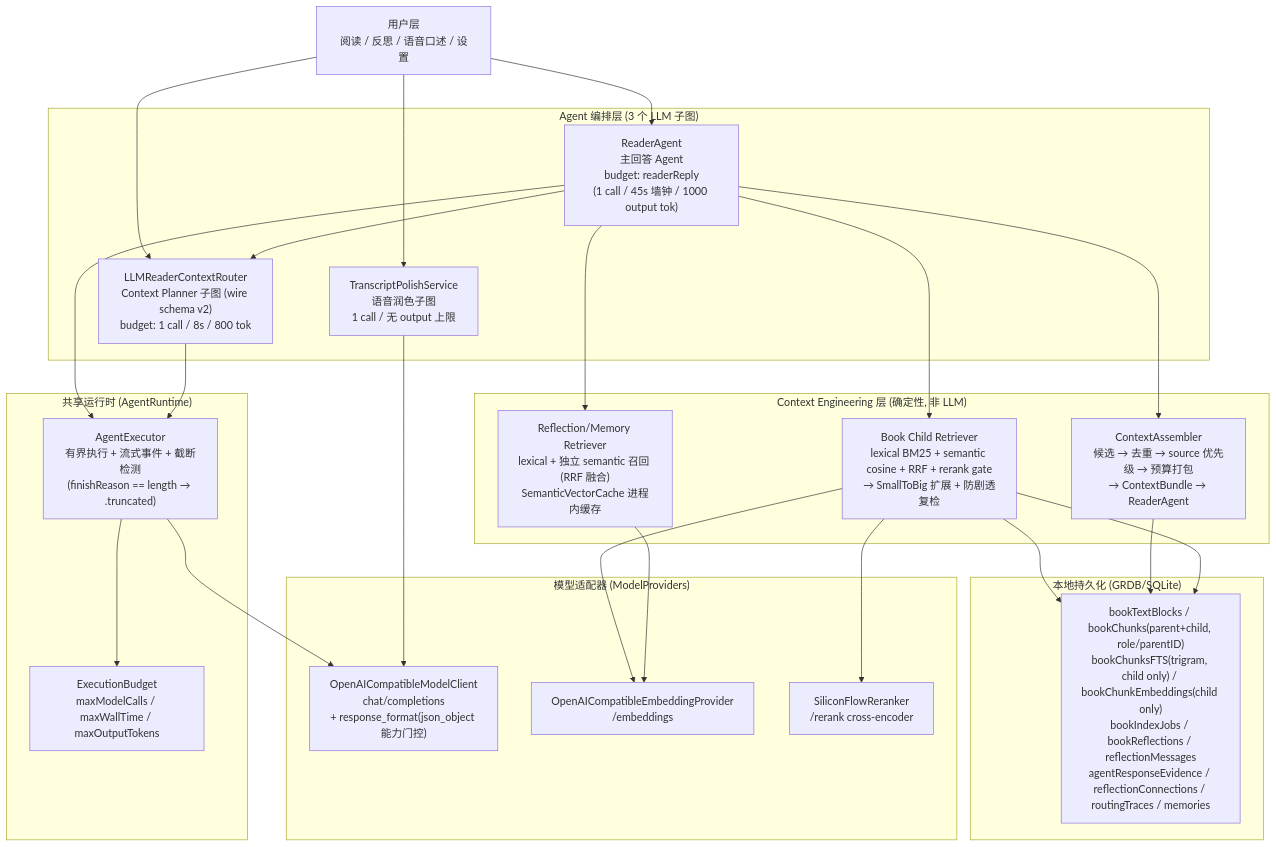
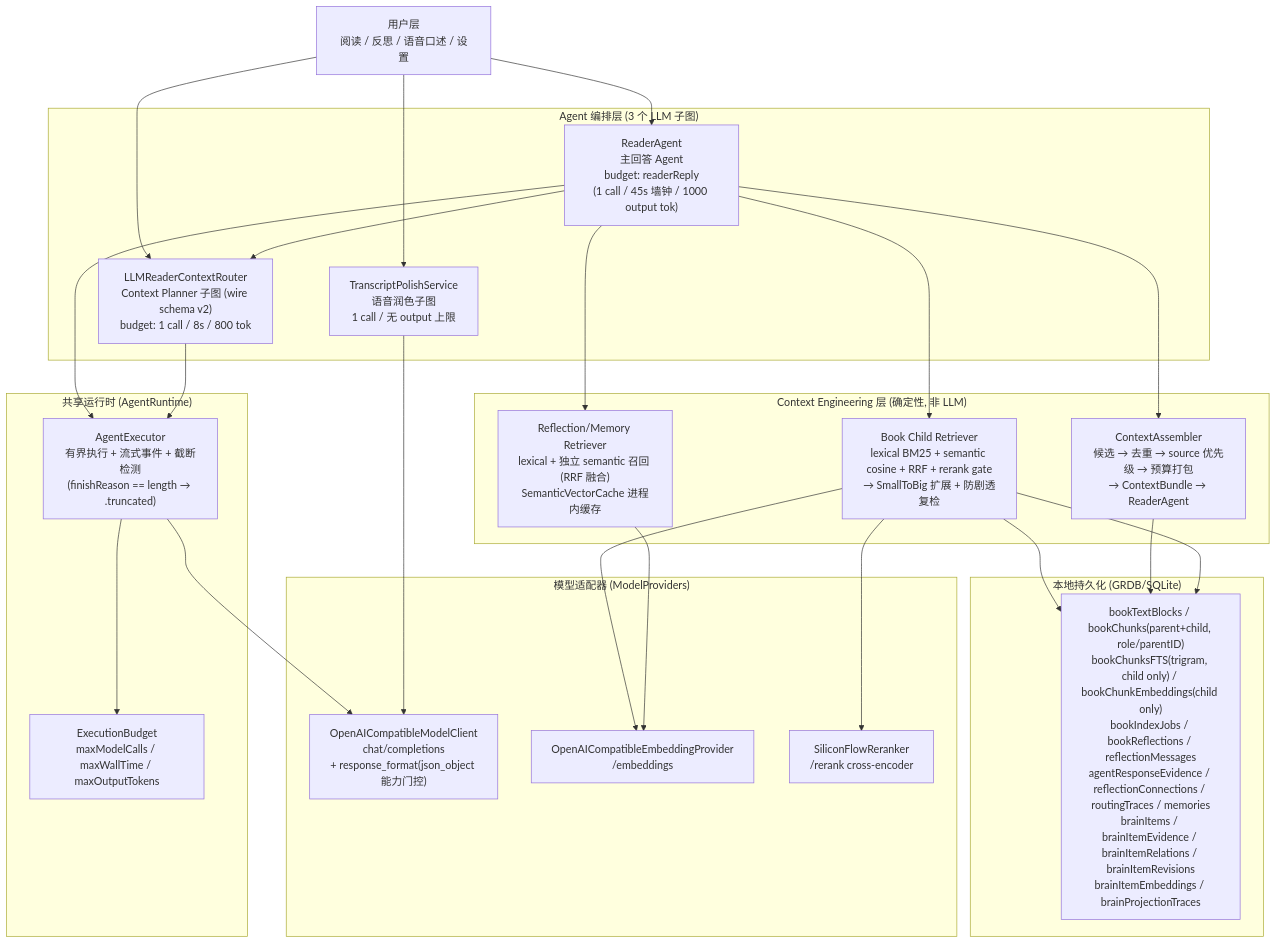
The first of 6 diagrams in ARCHITECTURE.md (freecodetiger/Elsepage), drawn with Mermaid before and after one commit. The commit also changed other lines of this file and 9 other files, not shown here.

Commit message:
feat(brain): phase 19 — brainProjectionTraces(v25)验收率/碎片化率观测,继续想想按钮(形态 C),ARCHITECTURE Brain 链路

````diff
--- a/ARCHITECTURE.md
+++ b/ARCHITECTURE.md
@@ -11,53 +11,53 @@
 ```mermaid
 flowchart TD
     UI["用户层<br/>阅读 / 反思 / 语音口述 / 设置"]
 
     subgraph AGENTS["Agent 编排层 (3 个 LLM 子图)"]
         RA["ReaderAgent<br/>主回答 Agent<br/>budget: readerReply<br/>(1 call / 45s 墙钟 / 1000 output tok)"]
         ROUTER["LLMReaderContextRouter<br/>Context Planner 子图 (wire schema v2)<br/>budget: 1 call / 8s / 800 tok"]
         POLISH["TranscriptPolishService<br/>语音润色子图<br/>1 call / 无 output 上限"]
     end
 
     subgraph CTX["Context Engineering 层 (确定性, 非 LLM)"]
         RET["Book Child Retriever<br/>lexical BM25 + semantic cosine + RRF + rerank gate<br/>→ SmallToBig 扩展 + 防剧透复检"]
         HYB["Reflection/Memory Retriever<br/>lexical + 独立 semantic 召回 (RRF 融合)<br/>SemanticVectorCache 进程内缓存"]
         ASM["ContextAssembler<br/>候选 → 去重 → source 优先级 → 预算打包<br/>→ ContextBundle → ReaderAgent"]
     end
 
     subgraph RUNTIME["共享运行时 (AgentRuntime)"]
         EXEC["AgentExecutor<br/>有界执行 + 流式事件 + 截断检测<br/>(finishReason == length → .truncated)"]
         BUDGET["ExecutionBudget<br/>maxModelCalls / maxWallTime / maxOutputTokens"]
     end
 
     subgraph PROV["模型适配器 (ModelProviders)"]
         CHAT["OpenAICompatibleModelClient<br/>chat/completions<br/>+ response_format(json_object 能力门控)"]
         EMB["OpenAICompatibleEmbeddingProvider<br/>/embeddings"]
         RERANK["SiliconFlowReranker<br/>/rerank cross-encoder"]
     end
 
     subgraph DB["本地持久化 (GRDB/SQLite)"]
-        PERS["bookTextBlocks / bookChunks(parent+child, role/parentID)<br/>bookChunksFTS(trigram, child only) / bookChunkEmbeddings(child only)<br/>bookIndexJobs / bookReflections / reflectionMessages<br/>agentResponseEvidence / reflectionConnections / routingTraces / memories"]
+        PERS["bookTextBlocks / bookChunks(parent+child, role/parentID)<br/>bookChunksFTS(trigram, child only) / bookChunkEmbeddings(child only)<br/>bookIndexJobs / bookReflections / reflectionMessages<br/>agentResponseEvidence / reflectionConnections / routingTraces / memories<br/>brainItems / brainItemEvidence / brainItemRelations / brainItemRevisions<br/>brainItemEmbeddings / brainProjectionTraces"]
     end
 
     UI --> RA
     UI --> POLISH
     UI --> ROUTER
 
     RA --> ROUTER
     RA --> RET
     RA --> HYB
     RA --> ASM
     RA --> EXEC
     ROUTER --> EXEC
     POLISH --> CHAT
 
     EXEC --> BUDGET
     EXEC --> CHAT
 
     RET --> EMB
     RET --> RERANK
     RET --> PERS
     HYB --> EMB
     ASM --> PERS
     RET --> PERS
 ```
````
